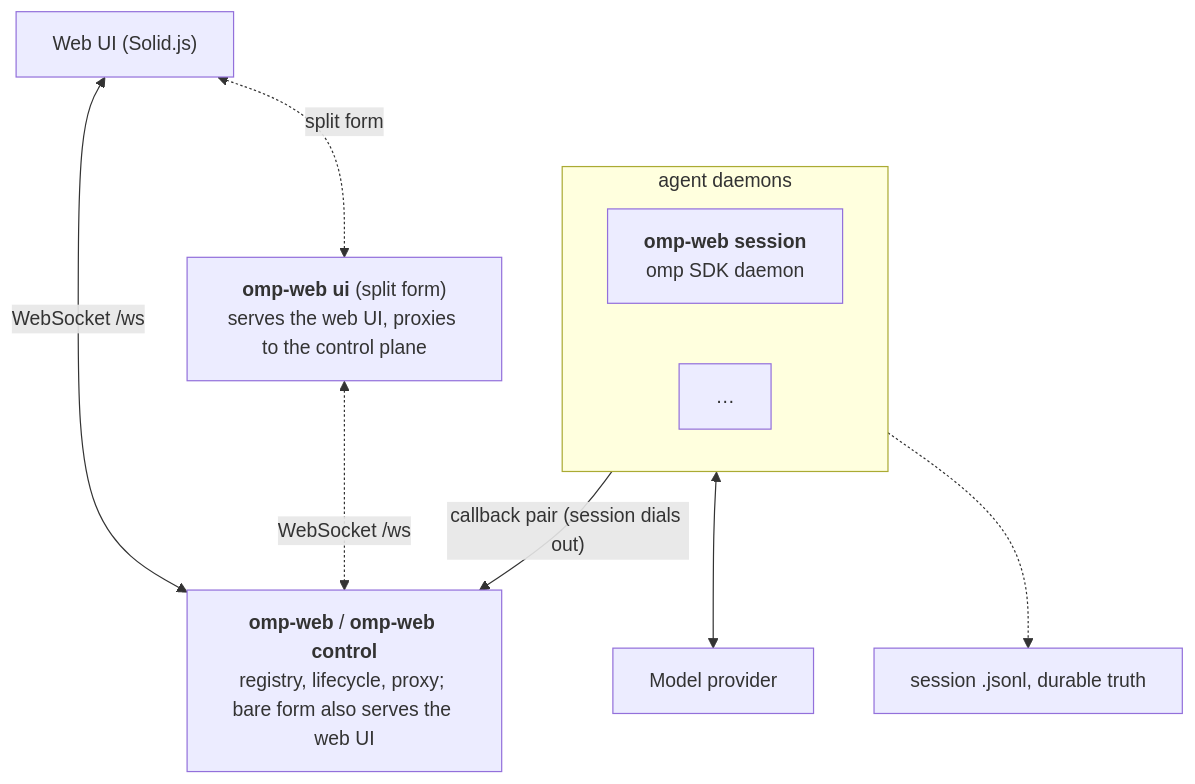
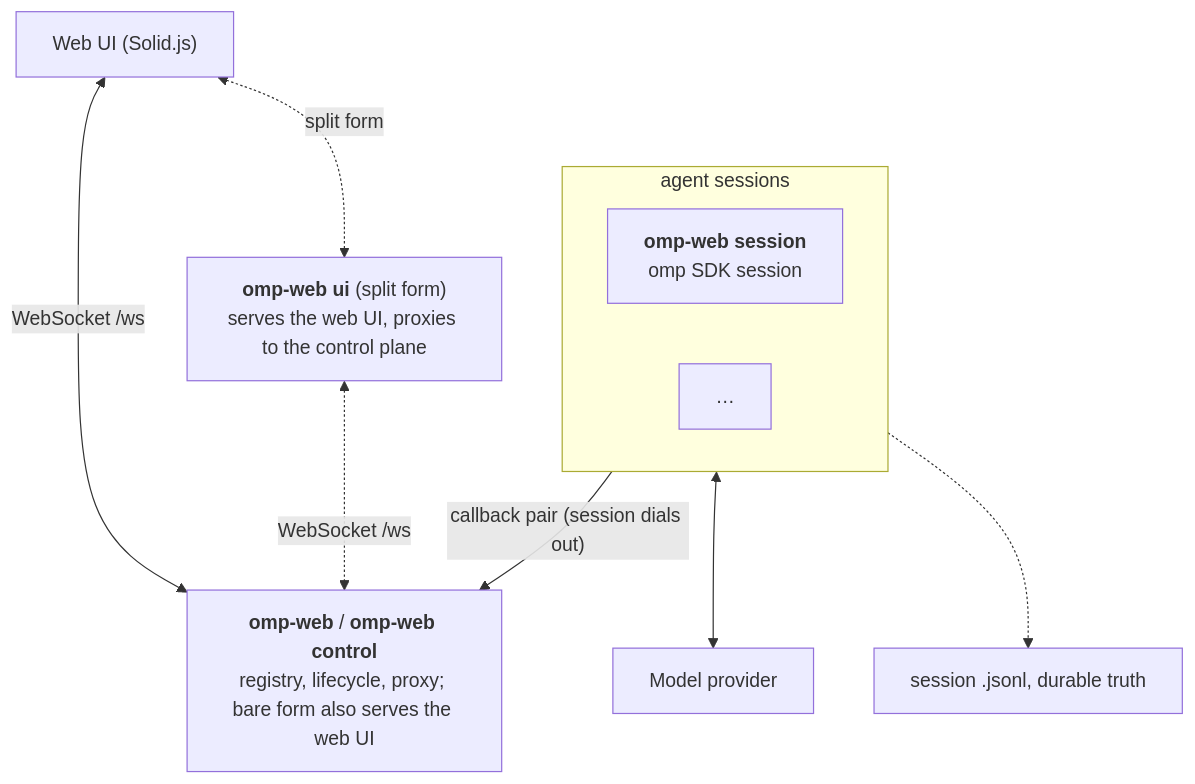
One commit to nibblebot/omp-web changed the diagram in README.md. Above: the diagram before and after it, drawn with Mermaid. The commit also changed other lines of this file and 399 other files, not shown here.

First line of the commit message:
refactor: rename the session process from daemon to session/workspace; OMP_PROTO 6 (3a8h)

````diff
--- a/README.md
+++ b/README.md
@@ -100,20 +100,20 @@
 ```mermaid
 flowchart TB
   browser["Web UI (Solid.js)"]
   fleet["<b>omp-web</b> / <b>omp-web control</b><br/>registry, lifecycle, proxy; bare form also serves the web UI"]
   uiproc["<b>omp-web ui</b> (split form)<br/>serves the web UI, proxies to the control plane"]
   model["Model provider"]
   log["session .jsonl, durable truth"]
 
-  subgraph daemons["agent daemons"]
-    daemon1["<b>omp-web session</b> <br/>omp SDK daemon"]
+  subgraph sessions["agent sessions"]
+    session1["<b>omp-web session</b> <br/>omp SDK session"]
     dots["…"]
   end
 
   browser <-->|"WebSocket /ws"| fleet
   browser <-.->|"split form"| uiproc
   uiproc <-.->|"WebSocket /ws"| fleet
-  daemons -->|"callback pair (session dials out)"| fleet
-  daemons <--> model
-  daemons -.-> log
+  sessions -->|"callback pair (session dials out)"| fleet
+  sessions <--> model
+  sessions -.-> log
 ```
````
